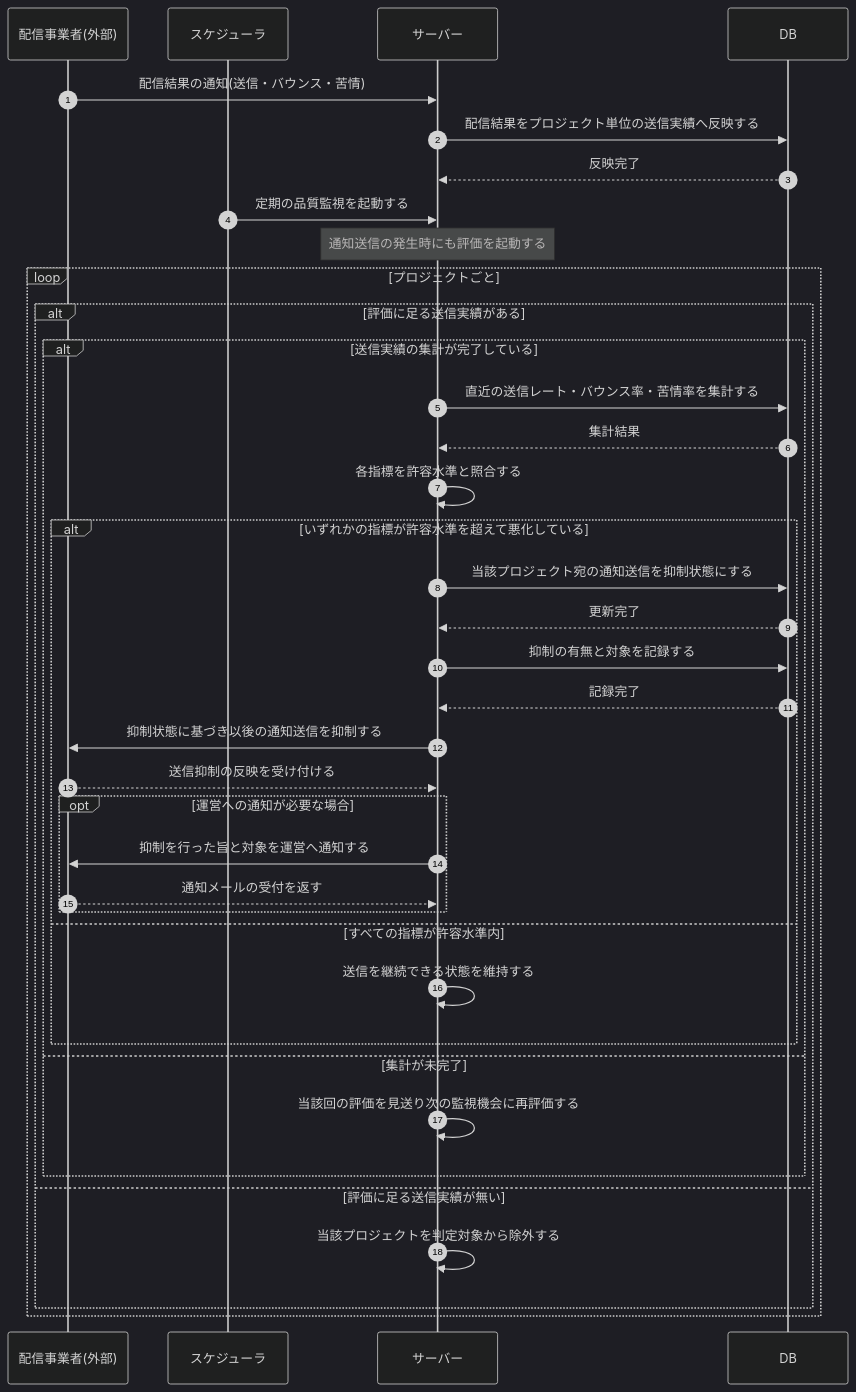
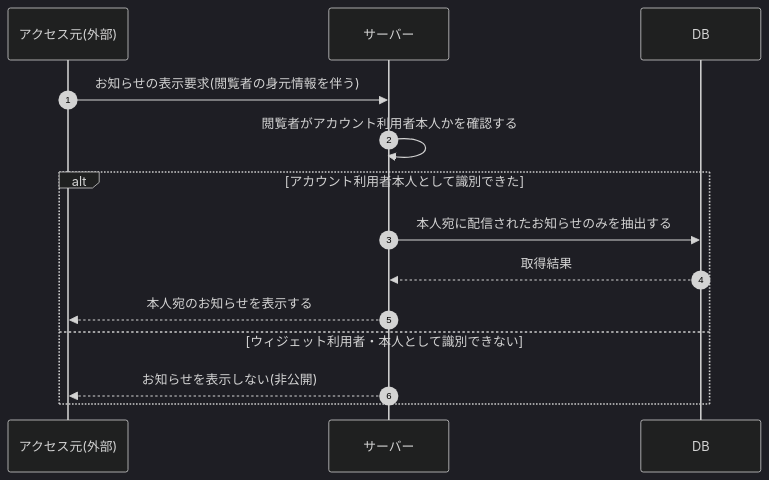
One commit to sikakou54/open-faq changed the diagram in 02_basic_design/03_sequences/SEQ-116.md. Above: the diagram before and after it, drawn with Mermaid (dark theme). The commit also changed other lines of this file and 395 other files, not shown here.

````diff
--- a/02_basic_design/03_sequences/SEQ-116.md
+++ b/02_basic_design/03_sequences/SEQ-116.md
@@ -25,40 +25,16 @@
 ```mermaid
 sequenceDiagram
   autonumber
-  participant ESP as 配信事業者(外部)
-  participant SCH as スケジューラ
+  participant REQ as アクセス元(外部)
   participant Server as サーバー
   participant DB as DB
-  ESP->>Server: 配信結果の通知(送信・バウンス・苦情)
-  Server->>DB: 配信結果をプロジェクト単位の送信実績へ反映する
-  DB-->>Server: 反映完了
-  SCH->>Server: 定期の品質監視を起動する
-  Note over Server: 通知送信の発生時にも評価を起動する
-  loop プロジェクトごと
-    alt 評価に足る送信実績がある
-      alt 送信実績の集計が完了している
-        Server->>DB: 直近の送信レート・バウンス率・苦情率を集計する
-        DB-->>Server: 集計結果
-        Server->>Server: 各指標を許容水準と照合する
-        alt いずれかの指標が許容水準を超えて悪化している
-          Server->>DB: 当該プロジェクト宛の通知送信を抑制状態にする
-          DB-->>Server: 更新完了
-          Server->>DB: 抑制の有無と対象を記録する
-          DB-->>Server: 記録完了
-          Server->>ESP: 抑制状態に基づき以後の通知送信を抑制する
-          ESP-->>Server: 送信抑制の反映を受け付ける
-          opt 運営への通知が必要な場合
-            Server->>ESP: 抑制を行った旨と対象を運営へ通知する
-            ESP-->>Server: 通知メールの受付を返す
-          end
-        else すべての指標が許容水準内
-          Server->>Server: 送信を継続できる状態を維持する
-        end
-      else 集計が未完了
-        Server->>Server: 当該回の評価を見送り次の監視機会に再評価する
-      end
-    else 評価に足る送信実績が無い
-      Server->>Server: 当該プロジェクトを判定対象から除外する
-    end
+  REQ->>Server: お知らせの表示要求(閲覧者の身元情報を伴う)
+  Server->>Server: 閲覧者がアカウント利用者本人かを確認する
+  alt アカウント利用者本人として識別できた
+    Server->>DB: 本人宛に配信されたお知らせのみを抽出する
+    DB-->>Server: 取得結果
+    Server-->>REQ: 本人宛のお知らせを表示する
+  else ウィジェット利用者・本人として識別できない
+    Server-->>REQ: お知らせを表示しない(非公開)
   end
 ```
````
